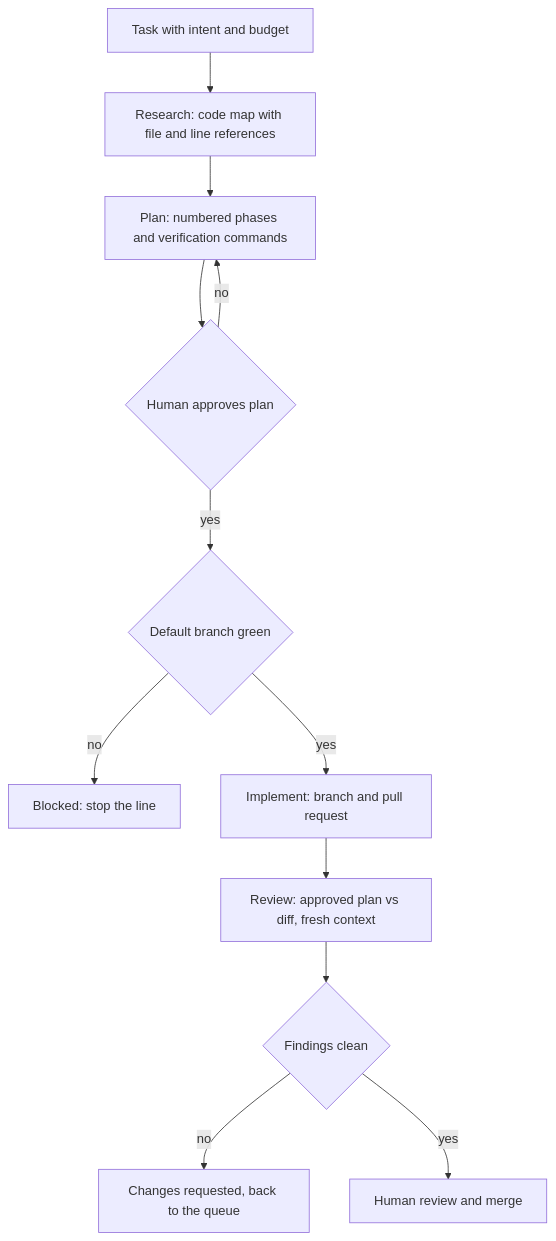
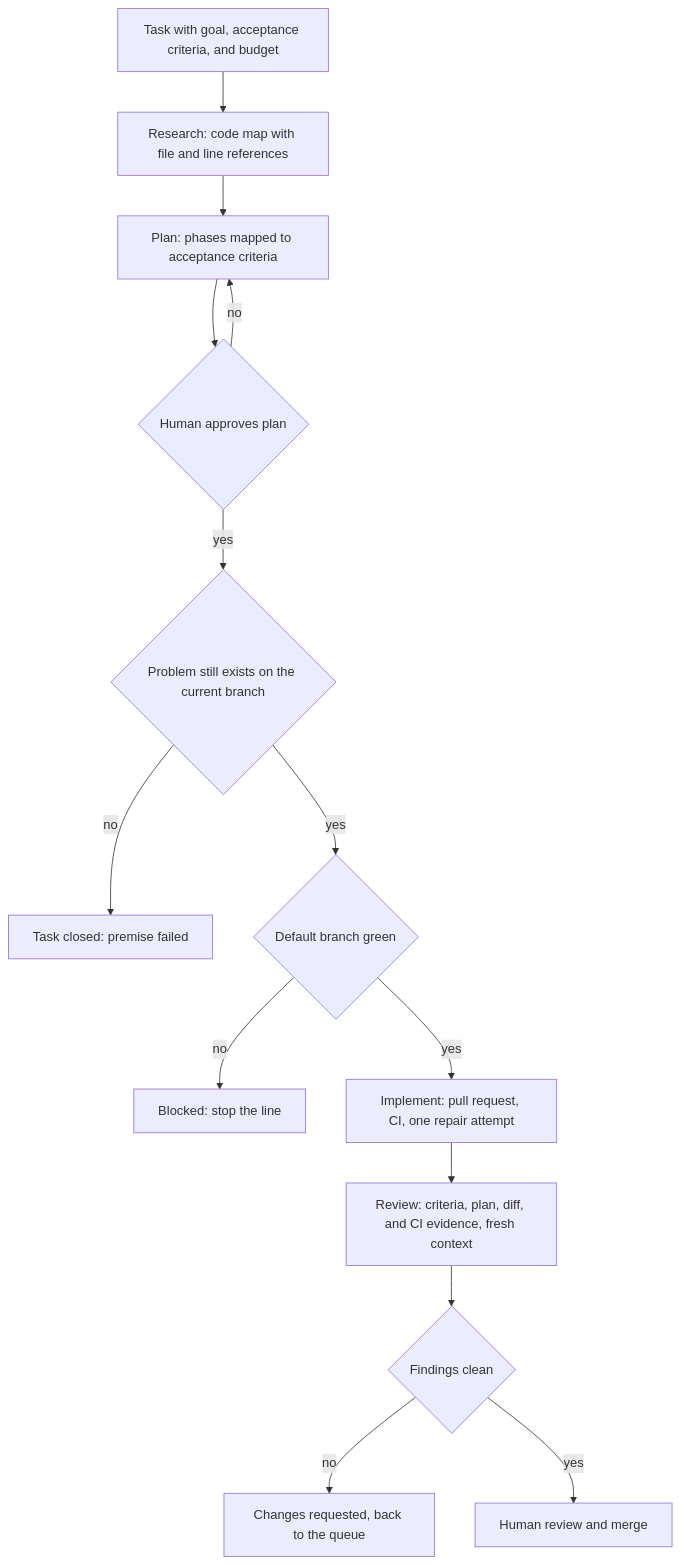
One commit to monad-systems/monad.hu changed the second of 2 diagrams in posts/en/building-blocks-ai-native-development.md. Above: the diagram before and after it, drawn with Mermaid. The commit also changed other lines of this file and 1 other file, not shown here.

````diff
--- a/posts/en/building-blocks-ai-native-development.md
+++ b/posts/en/building-blocks-ai-native-development.md
@@ -143,14 +150,16 @@
 ```mermaid
 flowchart TD
-    A[Task with intent and budget] --> B[Research: code map with file and line references]
-    B --> C[Plan: numbered phases and verification commands]
+    A[Task with goal, acceptance criteria, and budget] --> B[Research: code map with file and line references]
+    B --> C[Plan: phases mapped to acceptance criteria]
     C --> D{Human approves plan}
     D -->|no| C
-    D -->|yes| E{Default branch green}
+    D -->|yes| P{Problem still exists on the current branch}
+    P -->|no| X[Task closed: premise failed]
+    P -->|yes| E{Default branch green}
     E -->|no| F[Blocked: stop the line]
-    E -->|yes| G[Implement: branch and pull request]
-    G --> H[Review: approved plan vs diff, fresh context]
+    E -->|yes| G[Implement: pull request, CI, one repair attempt]
+    G --> H[Review: criteria, plan, diff, and CI evidence, fresh context]
     H --> I{Findings clean}
     I -->|no| J[Changes requested, back to the queue]
     I -->|yes| K[Human review and merge]
 ```
````
